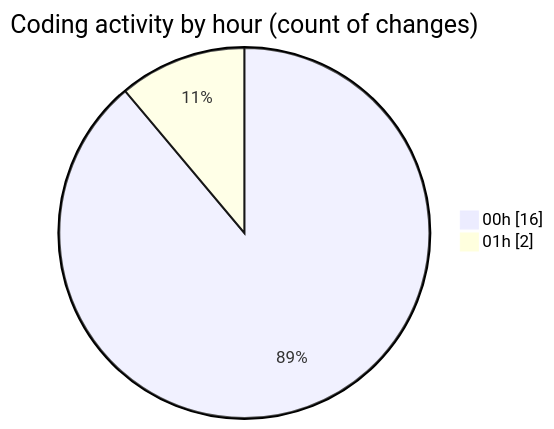
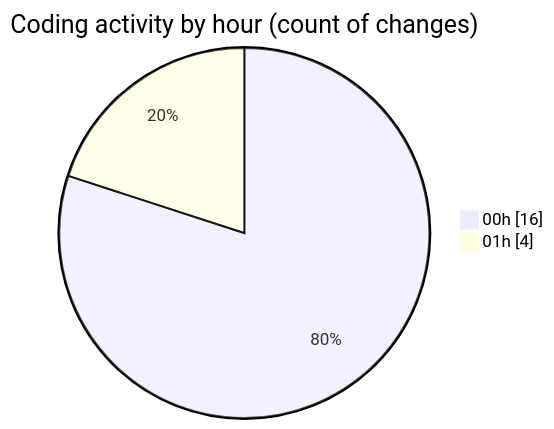
Before and after one commit to donsfak/code-tracking: the second of 2 diagrams in 2025-11-01/weather_insights_app/README.md, drawn with Mermaid. The commit also changed other lines of this file and 1 other file, not shown here.

````diff
--- a/2025-11-01/weather_insights_app/README.md
+++ b/2025-11-01/weather_insights_app/README.md
@@ -34,6 +35,6 @@
 ```mermaid
 pie showData
 title Coding activity by hour (count of changes)
 "00h" : 16
-"01h" : 2
+"01h" : 4
 ```
````
